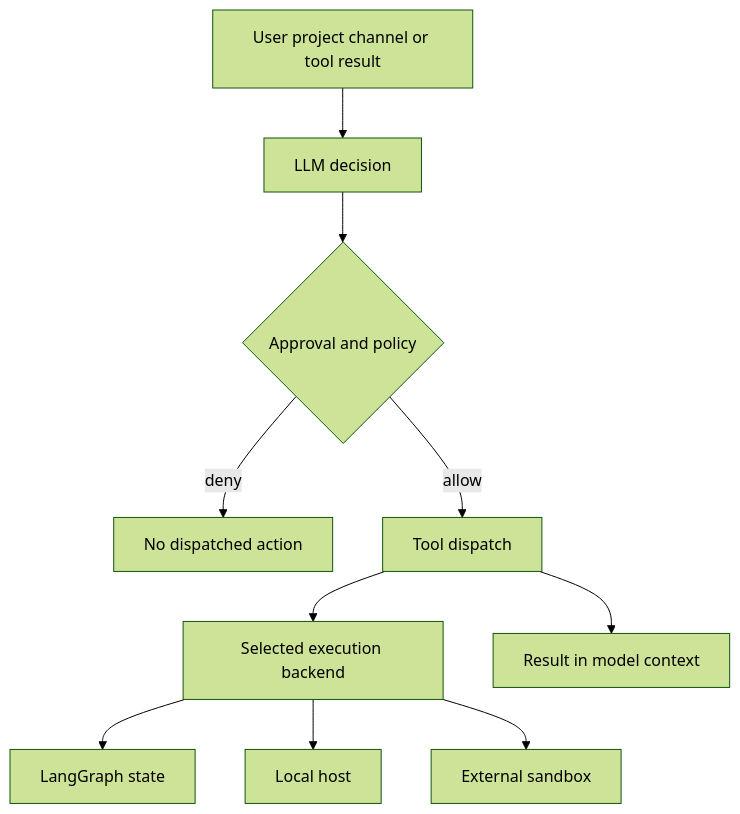
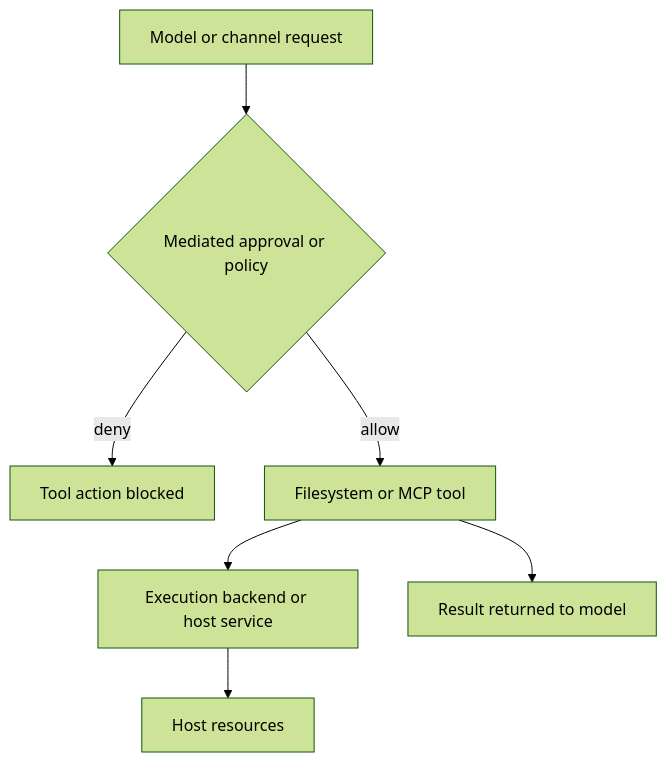
One commit to langchain-ai/deepagents changed the first of 2 diagrams in openwiki/operations/security.md. Above: the diagram before and after it, drawn with Mermaid (forest theme). The commit also changed other lines of this file and 39 other files, not shown here.

````diff
--- a/openwiki/operations/security.md
+++ b/openwiki/operations/security.md
@@ -39,12 +45,9 @@
 ```mermaid
 flowchart TD
-    Input["User project channel or tool result"] --> Model["LLM decision"]
-    Model --> Gate{"Approval and policy"}
-    Gate -->|deny| Stop["No dispatched action"]
-    Gate -->|allow| Tool["Tool dispatch"]
-    Tool --> Backend["Selected execution backend"]
-    Backend --> State["LangGraph state"]
-    Backend --> Host["Local host"]
-    Backend --> External["External sandbox"]
-    Tool --> Context["Result in model context"]
+    Request["Model or channel request"] --> Gate{"Mediated approval or policy"}
+    Gate -->|deny| Block["Tool action blocked"]
+    Gate -->|allow| Tool["Filesystem or MCP tool"]
+    Tool --> Backend["Execution backend or host service"]
+    Backend --> Host["Host resources"]
+    Tool --> Result["Result returned to model"]
 ```
````
